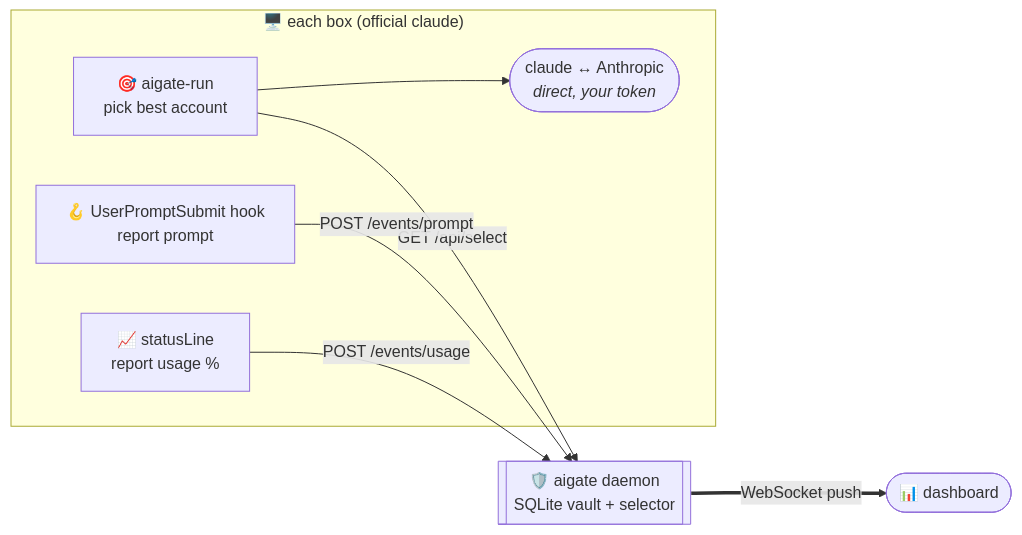
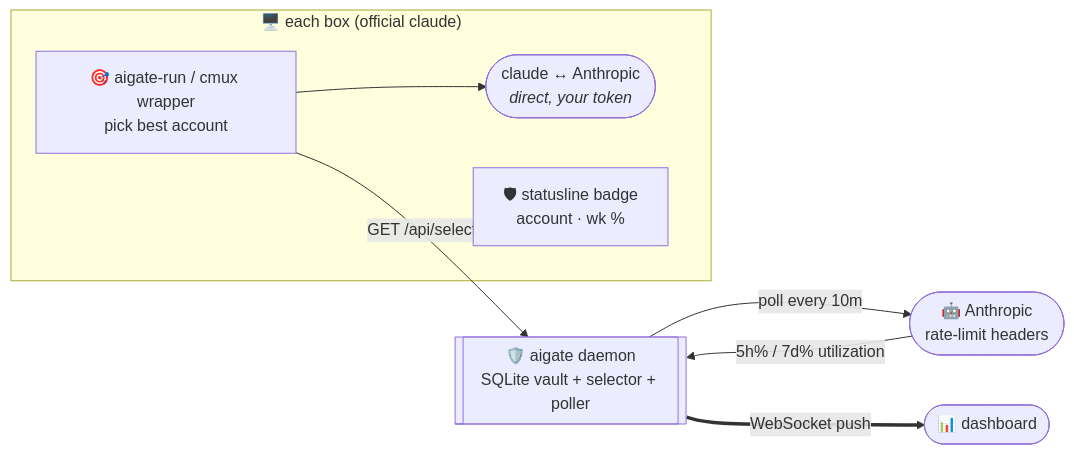
Before and after one commit to shoemoney/aigate: the third of 5 diagrams in README.md, drawn with Mermaid. The commit also changed other lines of this file, not shown here.

Commit message:
docs: incredible README overhaul 📚✨ — compliance deep-dive + mermaid, usage poller & provider-key registry, prove-it-switches test, 💛 Theo/t3.gg shoutout

````diff
--- a/README.md
+++ b/README.md
@@ -89,16 +134,16 @@
 ```mermaid
 flowchart LR
   subgraph box["🖥️ each box (official claude)"]
-    R["🎯 aigate-run<br/>pick best account"]
-    H["🪝 UserPromptSubmit hook<br/>report prompt"]
-    S["📈 statusLine<br/>report usage %"]
+    R["🎯 aigate-run / cmux wrapper<br/>pick best account"]
     C(["claude ↔ Anthropic<br/><i>direct, your token</i>"])
+    S["🛡 statusline badge<br/>account · wk %"]
     R --> C
   end
-  D[["🛡️ aigate daemon<br/>SQLite vault + selector"]]
+  D[["🛡️ aigate daemon<br/>SQLite vault + selector + poller"]]
   W(["📊 dashboard"])
+  AN(["🤖 Anthropic<br/>rate-limit headers"])
   R -- "GET /api/select" --> D
-  H -- "POST /events/prompt" --> D
-  S -- "POST /events/usage" --> D
+  D -- "poll every 10m" --> AN
+  AN -- "5h% / 7d% utilization" --> D
   D == "WebSocket push" ==> W
 ```
````
